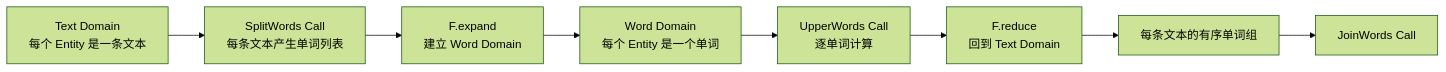
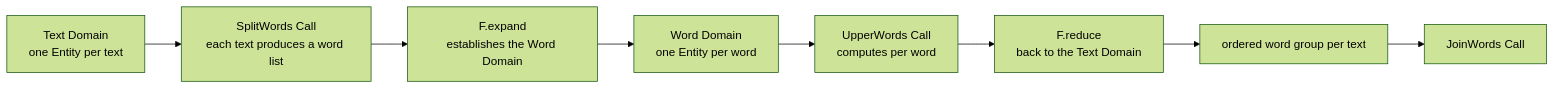
Before and after one commit to OpenDCAI/RayOrch: the third of 24 diagrams in docs/multigrain_v3_6_getting_started.md, drawn with Mermaid (forest theme). The commit also changed other lines of this file and 31 other files, not shown here.

Commit message:
docs(v3.6): publish bilingual architecture guides

````diff
--- a/docs/multigrain_v3_6_getting_started.md
+++ b/docs/multigrain_v3_6_getting_started.md
@@ -198,13 +550,13 @@
 ```mermaid
 flowchart LR
-    Text["Text Domain<br/>每个 Entity 是一条文本"]
-    Split["SplitWords Call<br/>每条文本产生单词列表"]
-    Expand["F.expand<br/>建立 Word Domain"]
-    Word["Word Domain<br/>每个 Entity 是一个单词"]
-    Upper["UpperWords Call<br/>逐单词计算"]
-    Reduce["F.reduce<br/>回到 Text Domain"]
-    Group["每条文本的有序单词组"]
+    Text["Text Domain<br/>one Entity per text"]
+    Split["SplitWords Call<br/>each text produces a word list"]
+    Expand["F.expand<br/>establishes the Word Domain"]
+    Word["Word Domain<br/>one Entity per word"]
+    Upper["UpperWords Call<br/>computes per word"]
+    Reduce["F.reduce<br/>back to the Text Domain"]
+    Group["ordered word group per text"]
     Join["JoinWords Call"]
 
     Text --> Split --> Expand --> Word --> Upper --> Reduce --> Group --> Join
 ```
````
